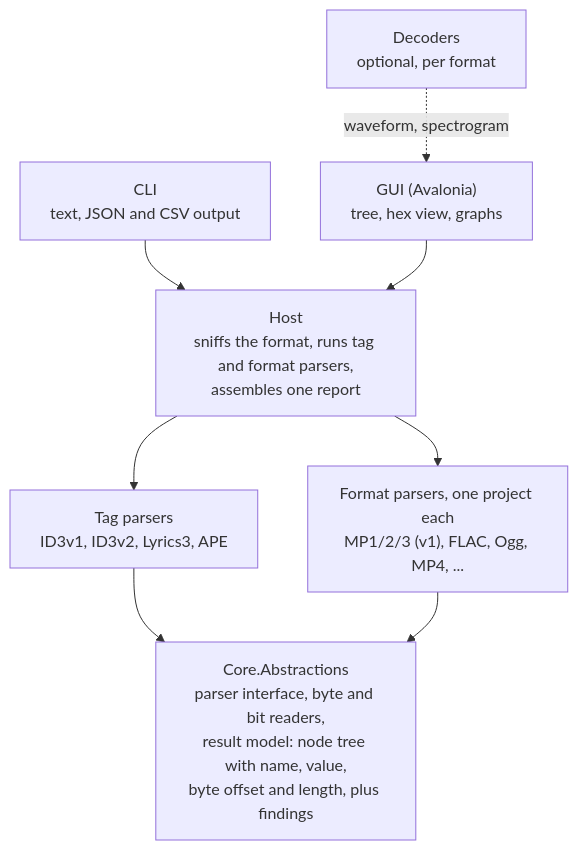
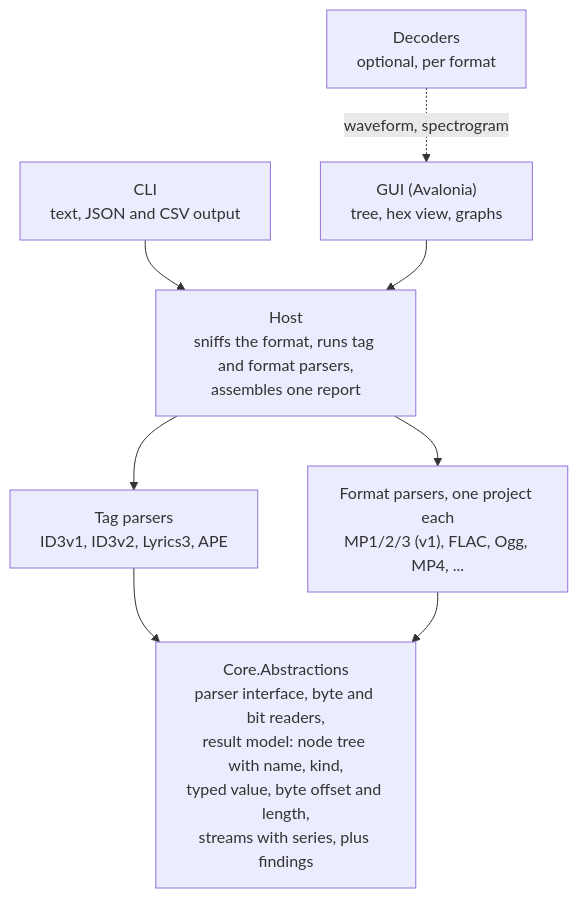
Before and after one commit to smares/encspect: the diagram in docs/PLAN.md, drawn with Mermaid. The commit also changed other lines of this file and 635 other files, not shown here.

````diff
--- a/docs/PLAN.md
+++ b/docs/PLAN.md
@@ -46,10 +46,10 @@
 ```mermaid
 flowchart TD
     CLI["CLI<br/>text, JSON and CSV output"] --> Host
     GUI["GUI (Avalonia)<br/>tree, hex view, graphs"] --> Host
     Decoders["Decoders<br/>optional, per format"] -.->|"waveform, spectrogram"| GUI
     Host["Host<br/>sniffs the format, runs tag and format parsers,<br/>assembles one report"] --> Tags["Tag parsers<br/>ID3v1, ID3v2, Lyrics3, APE"]
     Host --> Formats["Format parsers, one project each<br/>MP1/2/3 (v1), FLAC, Ogg, MP4, ..."]
-    Tags --> Core["Core.Abstractions<br/>parser interface, byte and bit readers,<br/>result model: node tree with name, value,<br/>byte offset and length, plus findings"]
+    Tags --> Core["Core.Abstractions<br/>parser interface, byte and bit readers,<br/>result model: node tree with name, kind,<br/>typed value, byte offset and length,<br/>streams with series, plus findings"]
     Formats --> Core
 ```
````
